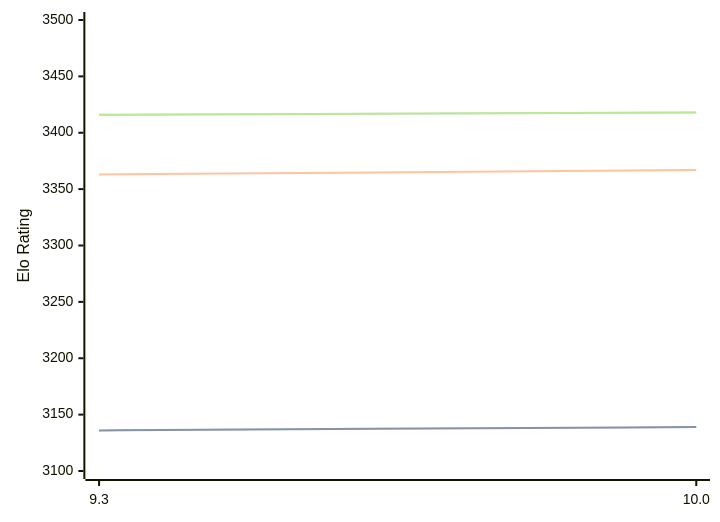
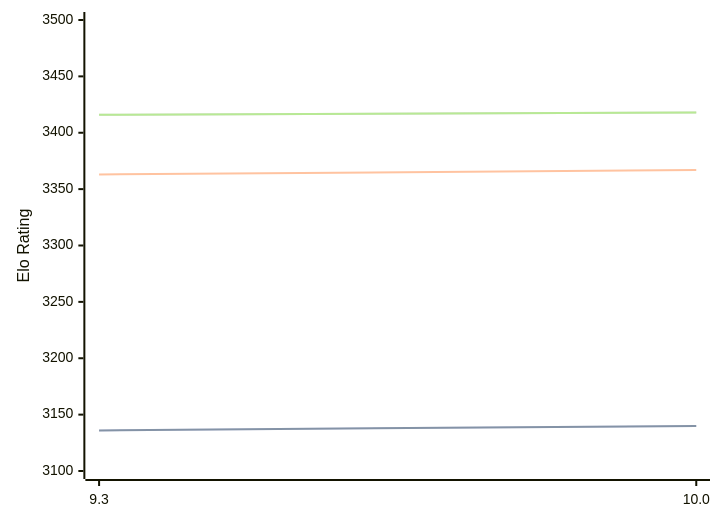
One commit to computer-chess-index/cci changed the diagram in engines/Fire.md. Above: the diagram before and after it, drawn with Mermaid. The commit also changed other lines of this file, not shown here.

````diff
--- a/engines/Fire.md
+++ b/engines/Fire.md
@@ -47,11 +47,11 @@
 ```mermaid
 %%{init: {"theme":"base","themeVariables":{"seriesColors:['#a3a3a3','#222221','#faa371']}}}%%
 xychart-beta
   x-axis ["9.3", "10.0"]
   y-axis "Elo Rating" 3100 --> 3500
-  line "STC (8.0+0.08s)" [3136, 3139]
-  line "STC (8.0+0.08s)" [3136, 3139]
+  line "STC (8.0+0.08s)" [3136, 3140]
+  line "STC (8.0+0.08s)" [3136, 3140]
   line "LTC (60.0+0.60s)" [3363, 3367]
   line "VLTC (2m24s+1.12s)" [3416, 3418]
   line "VLTC (2m24s+1.12s)" [3416, 3418]
 ```
````
